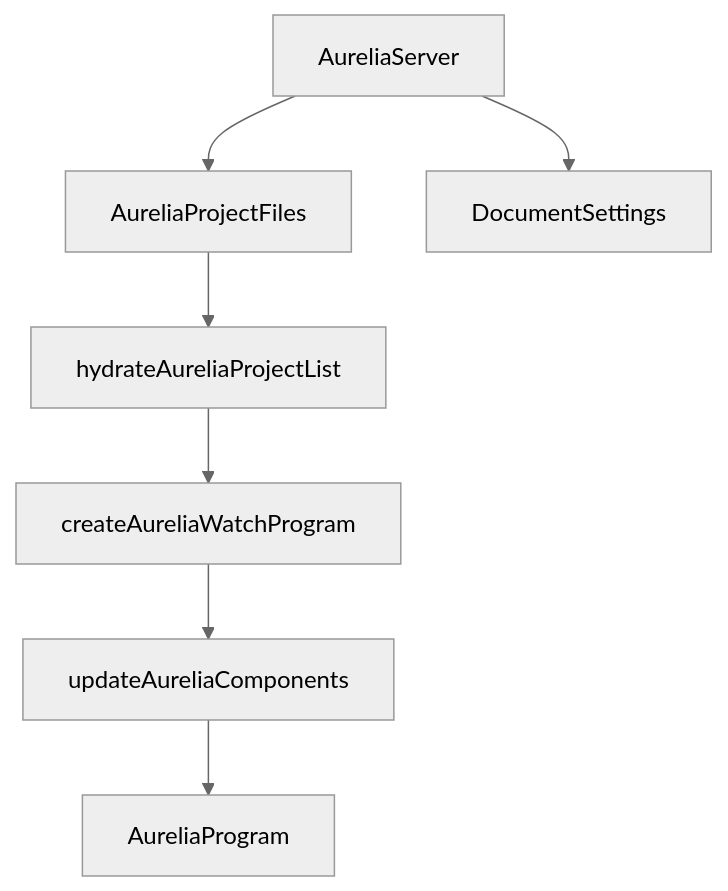
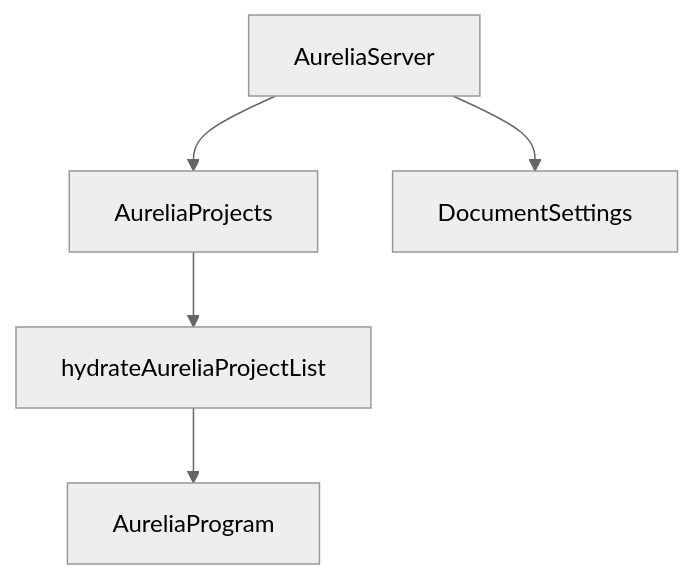
Before and after one commit to aurelia/vscode-extension: the first of 2 diagrams in docs/architecture-graph.md, drawn with Mermaid (neutral theme). The commit also changed other lines of this file and 2 other files, not shown here.

Commit message:
refac(server.tsMorph): split up function

````diff
--- a/docs/architecture-graph.md
+++ b/docs/architecture-graph.md
@@ -1,22 +1,17 @@
 ```mermaid
 flowchart TD
-  AureliaServer --> AureliaProjectFiles
+  AureliaServer --> AureliaProjects
   AureliaServer --> DocumentSettings
-  AureliaProjectFiles --> hydrateAureliaProjectList
-  hydrateAureliaProjectList --> createAureliaWatchProgram
-  createAureliaWatchProgram --> updateAureliaComponents
-  updateAureliaComponents --> AureliaProgram
+  AureliaProjects --> hydrateAureliaProjectList
+  hydrateAureliaProjectList --> AureliaProgram
 
   AureliaServer
 
   DocumentSettings
 
-  AureliaProjectFiles
+  AureliaProjects
   hydrateAureliaProjectList
 
   AureliaProgram
 
-  createAureliaWatchProgram
-  updateAureliaComponents
-
 ```
````
